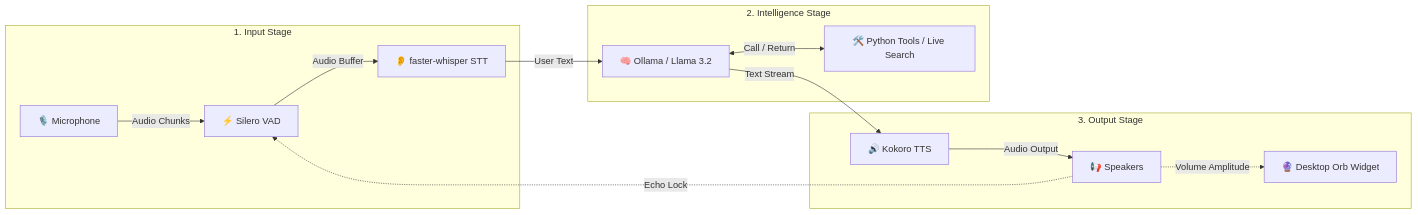
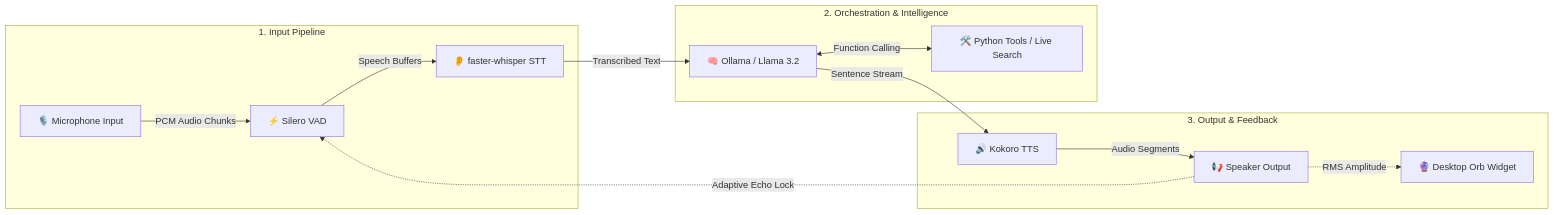
One commit to saikrishnaallam/jarvis_ai changed the diagram in README.md. Above: the diagram before and after it, drawn with Mermaid. The commit also changed other lines of this file, not shown here.

Commit message:
docs: rewrite README with enhanced structure, architecture diagram, and details

````diff
--- a/README.md
+++ b/README.md
@@ -60,19 +45,19 @@
 ```mermaid
 flowchart LR
-    subgraph Input ["1. Input Stage"]
-        A[🎙️ Microphone] -->|Audio Chunks| B[⚡ Silero VAD]
-        B -->|Audio Buffer| C[👂 faster-whisper STT]
+    subgraph Input ["1. Input Pipeline"]
+        A[🎙️ Microphone Input] -->|PCM Audio Chunks| B[⚡ Silero VAD]
+        B -->|Speech Buffers| C[👂 faster-whisper STT]
     end
 
-    subgraph Core ["2. Intelligence Stage"]
-        C -->|User Text| D[🧠 Ollama / Llama 3.2]
-        D <-->|Call / Return| E[🛠️ Python Tools / Live Search]
+    subgraph Intelligence ["2. Orchestration & Intelligence"]
+        C -->|Transcribed Text| D[🧠 Ollama / Llama 3.2]
+        D <-->|Function Calling| E[🛠️ Python Tools / Live Search]
     end
 
-    subgraph Output ["3. Output Stage"]
-        D -->|Text Stream| F[🔊 Kokoro TTS]
-        F -->|Audio Output| G[📢 Speakers]
-        G -.->|Volume Amplitude| H[🔮 Desktop Orb Widget]
-        G -.->|Echo Lock| B
+    subgraph Output ["3. Output & Feedback"]
+        D -->|Sentence Stream| F[🔊 Kokoro TTS]
+        F -->|Audio Segments| G[📢 Speaker Output]
+        G -.->|RMS Amplitude| H[🔮 Desktop Orb Widget]
+        G -.->|Adaptive Echo Lock| B
     end
 ```
````
